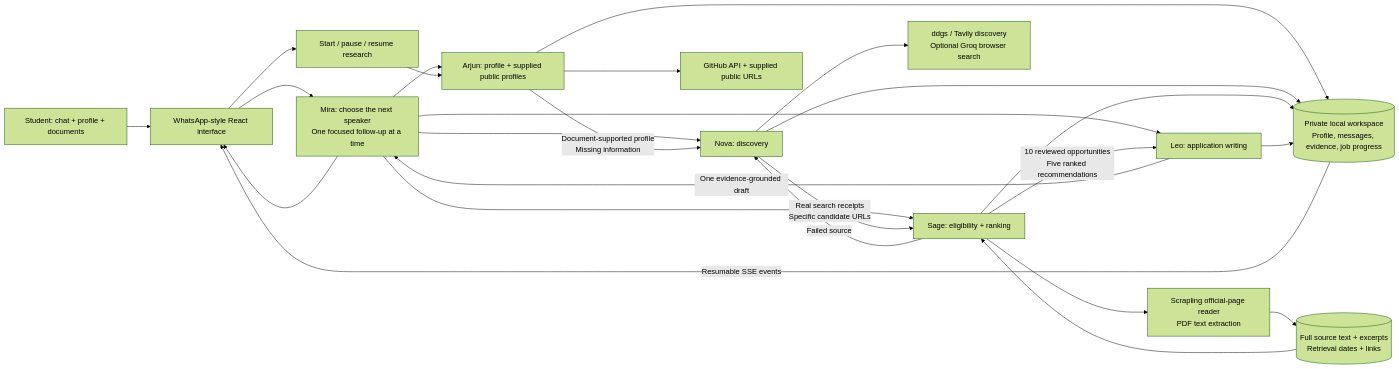
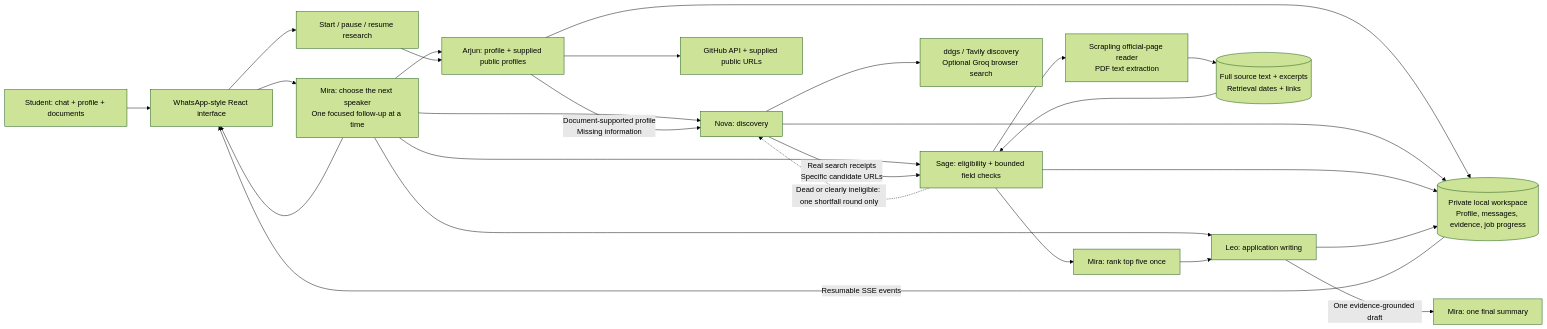
One commit to saivenkatakrishna13/tetranoodle changed the second of 2 diagrams in docs/architecture.md. Above: the diagram before and after it, drawn with Mermaid (forest theme). The commit also changed other lines of this file and 121 other files, not shown here.

````diff
--- a/docs/architecture.md
+++ b/docs/architecture.md
@@ -5,27 +30,28 @@
 ```mermaid
 flowchart LR
     U[Student: chat + profile + documents] --> UI[WhatsApp-style React interface]
     UI --> C[Mira: choose the next speaker\nOne focused follow-up at a time]
     C --> A[Arjun: profile + supplied public profiles]
     C --> N[Nova: discovery]
-    C --> S[Sage: eligibility + ranking]
+    C --> S[Sage: eligibility + bounded field checks]
     C --> L[Leo: application writing]
     UI --> J[Start / pause / resume research]
     J --> A
     A -->|Document-supported profile\nMissing information| N
     N -->|Real search receipts\nSpecific candidate URLs| S
-    S -->|10 reviewed opportunities\nFive ranked recommendations| L
-    L -->|One evidence-grounded draft| C
+    S --> R[Mira: rank top five once]
+    R --> L
+    L -->|One evidence-grounded draft| F[Mira: one final summary]
     N --> WEB[ddgs / Tavily discovery\nOptional Groq browser search]
     S --> READ[Scrapling official-page reader\nPDF text extraction]
     READ --> E[(Full source text + excerpts\nRetrieval dates + links)]
     E --> S
     A --> G[GitHub API + supplied public URLs]
-    S -->|Failed source| N
+    S -.->|Dead or clearly ineligible: one shortfall round only| N
     C --> UI
     A --> P[(Private local workspace\nProfile, messages, evidence, job progress)]
     N --> P
     S --> P
     L --> P
     P -->|Resumable SSE events| UI
 ```
````
